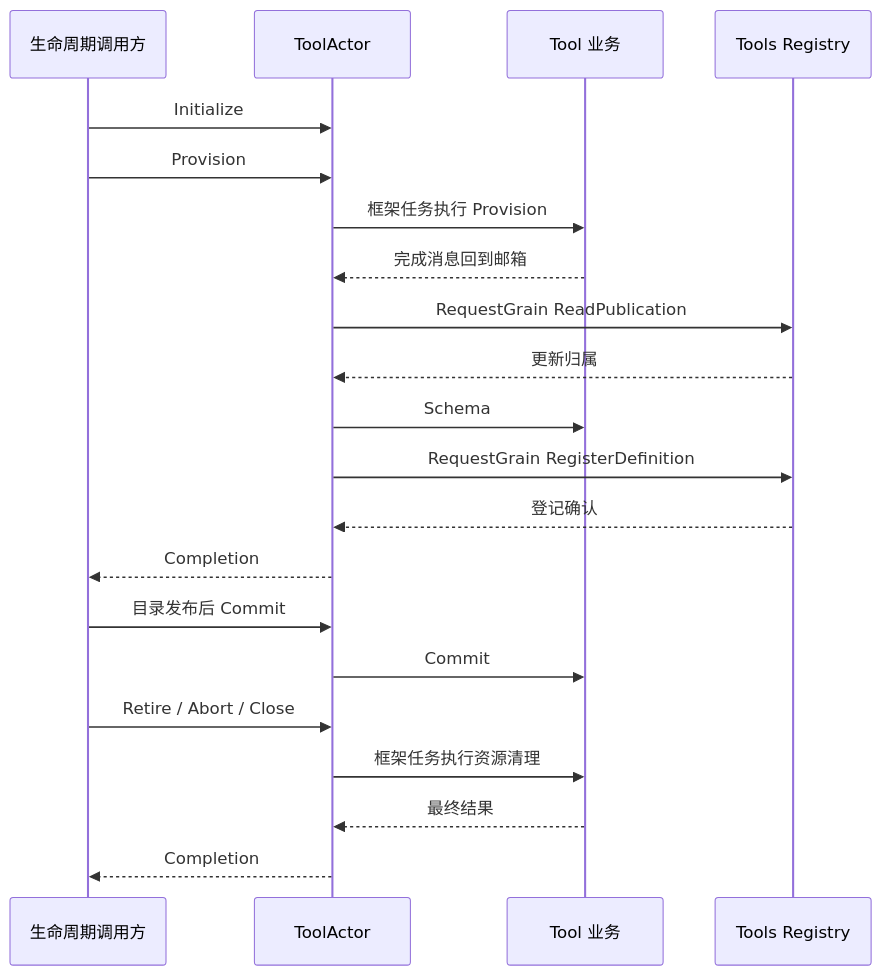
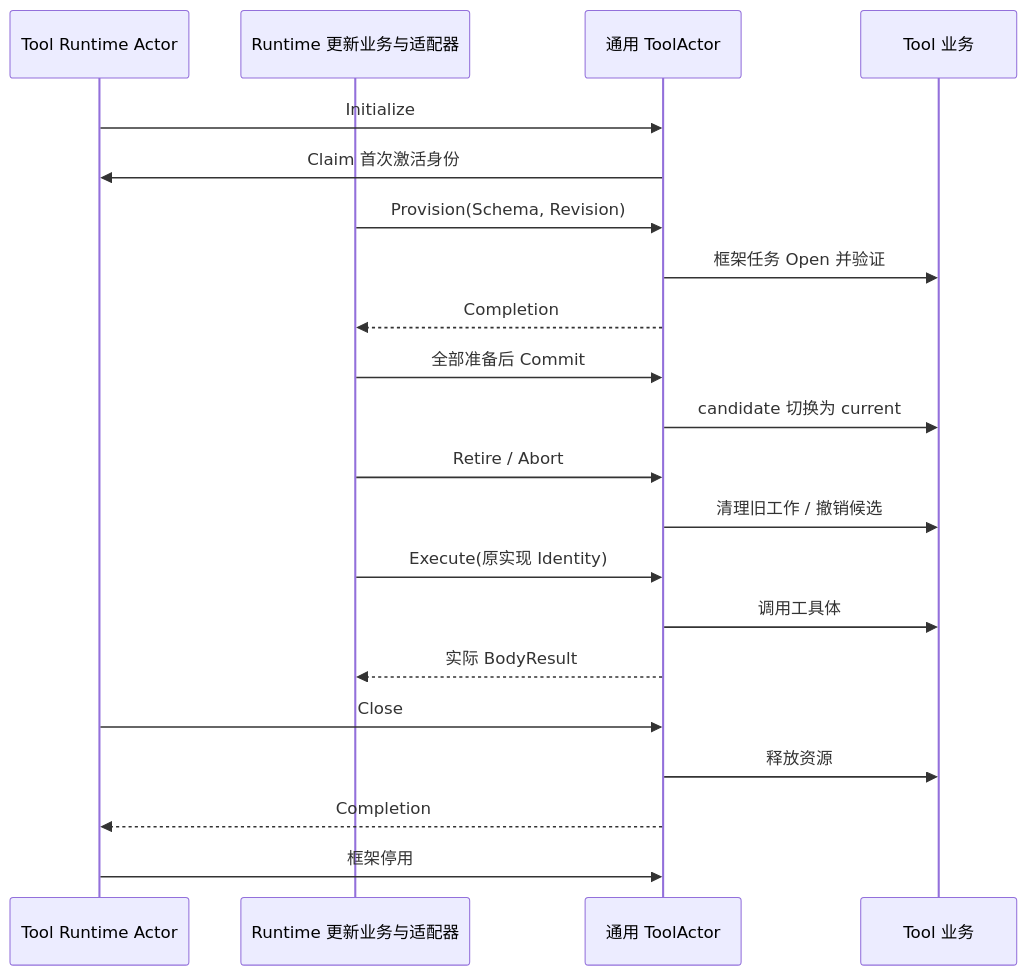
Before and after one commit to gorenx/goren: the diagram in tools/tool/actor/README.zh-CN.md, drawn with Mermaid. The commit also changed other lines of this file and 13 other files, not shown here.

````diff
--- a/tools/tool/actor/README.zh-CN.md
+++ b/tools/tool/actor/README.zh-CN.md
@@ -15,23 +18,23 @@
 ```mermaid
 sequenceDiagram
-    participant Owner as 生命周期调用方
-    participant Grain as ToolActor
-    participant Business as Tool 业务
-    participant Registry as Tools Registry
-    Owner->>Grain: Initialize
-    Owner->>Grain: Provision
-    Grain->>Business: 框架任务执行 Provision
-    Business-->>Grain: 完成消息回到邮箱
-    Grain->>Registry: RequestGrain ReadPublication
-    Registry-->>Grain: 更新归属
-    Grain->>Business: Schema
-    Grain->>Registry: RequestGrain RegisterDefinition
-    Registry-->>Grain: 登记确认
-    Grain-->>Owner: Completion
-    Owner->>Grain: 目录发布后 Commit
-    Grain->>Business: Commit
-    Owner->>Grain: Retire / Abort / Close
-    Grain->>Business: 框架任务执行资源清理
-    Business-->>Grain: 最终结果
-    Grain-->>Owner: Completion
+    participant L as Tool Runtime Actor
+    participant R as Runtime 更新业务与适配器
+    participant A as 通用 ToolActor
+    participant B as Tool 业务
+    L->>A: Initialize
+    A->>L: Claim 首次激活身份
+    R->>A: Provision(Schema, Revision)
+    A->>B: 框架任务 Open 并验证
+    A-->>R: Completion
+    R->>A: 全部准备后 Commit
+    A->>B: candidate 切换为 current
+    R->>A: Retire / Abort
+    A->>B: 清理旧工作 / 撤销候选
+    R->>A: Execute(原实现 Identity)
+    A->>B: 调用工具体
+    A-->>R: 实际 BodyResult
+    L->>A: Close
+    A->>B: 释放资源
+    A-->>L: Completion
+    L->>A: 框架停用
 ```
````
